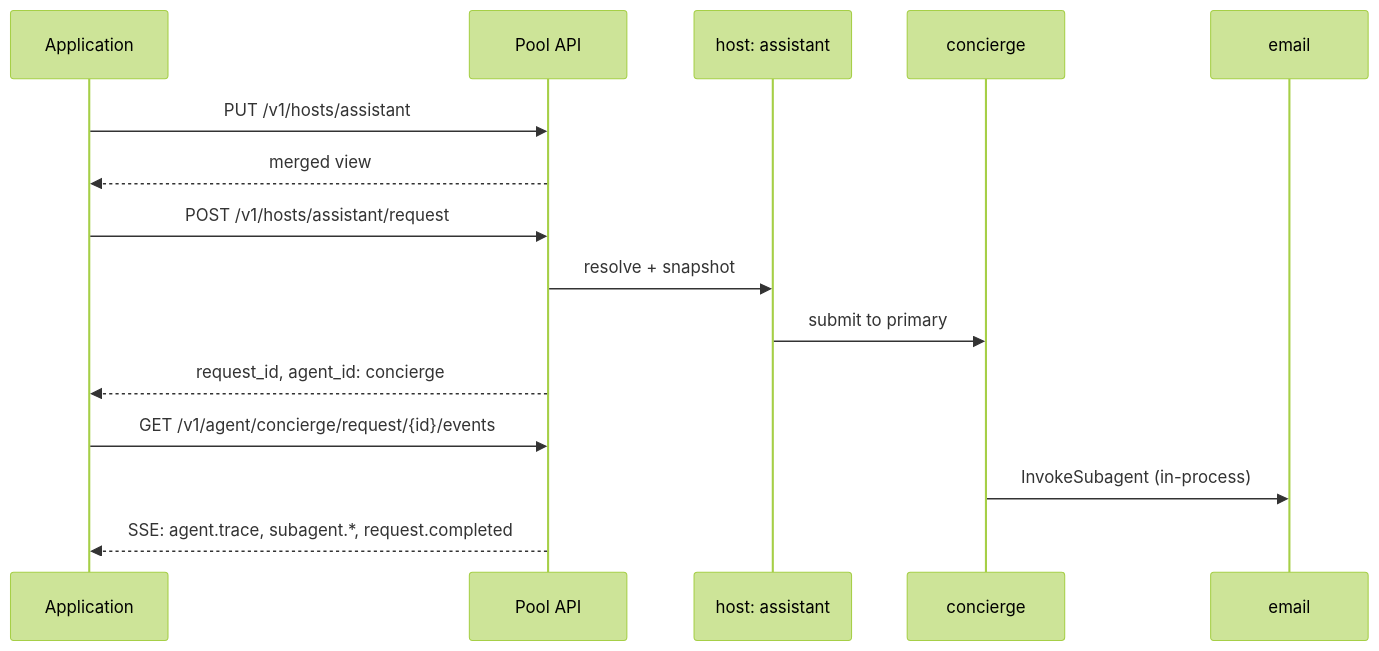
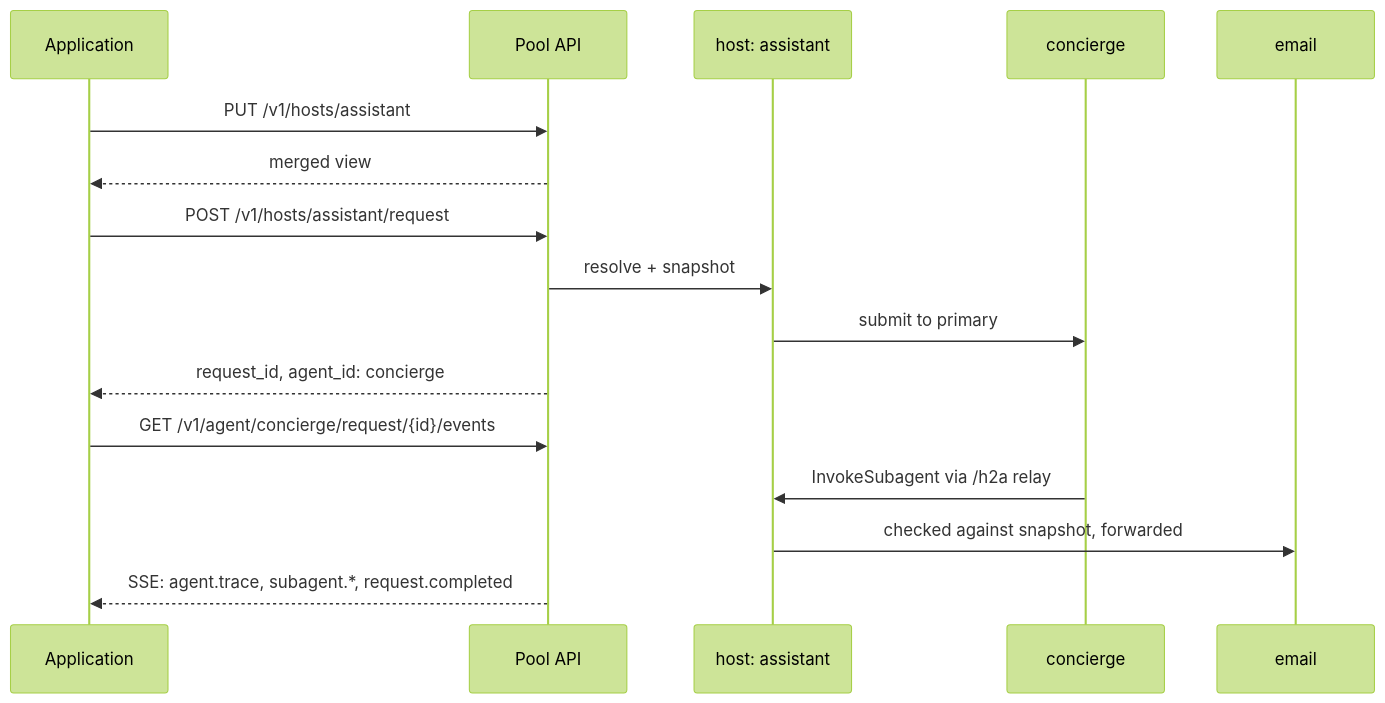
One commit to imsid/mashpy changed the diagram in docs/posts/building-dynamic-hosts-apis.md. Above: the diagram before and after it, drawn with Mermaid (forest theme). The commit also changed 16 other files, not shown here.

````diff
--- a/docs/posts/building-dynamic-hosts-apis.md
+++ b/docs/posts/building-dynamic-hosts-apis.md
@@ -181,18 +181,19 @@
 ```mermaid
 sequenceDiagram
     participant App as Application
     participant API as Pool API
     participant H as host: assistant
     participant C as concierge
     participant E as email
 
     App->>API: PUT /v1/hosts/assistant
     API-->>App: merged view
     App->>API: POST /v1/hosts/assistant/request
     API->>H: resolve + snapshot
     H->>C: submit to primary
     API-->>App: request_id, agent_id: concierge
     App->>API: GET /v1/agent/concierge/request/{id}/events
-    C->>E: InvokeSubagent (in-process)
+    C->>H: InvokeSubagent via /h2a relay
+    H->>E: checked against snapshot, forwarded
     API-->>App: SSE: agent.trace, subagent.*, request.completed
 ```
````
